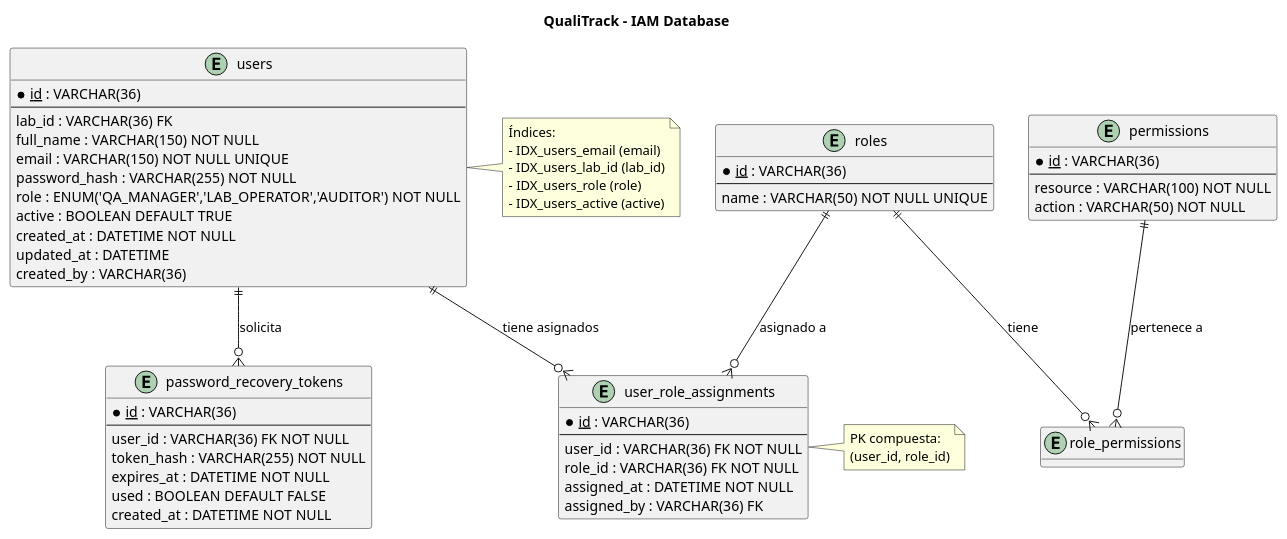
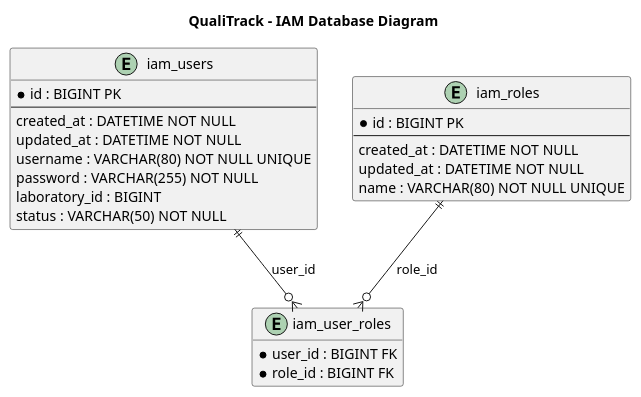
The diagram in docs/diagrams/iam/iam-database-diagram.puml (ClosedSource-11848/qualitrack-platform), drawn with PlantUML before and after one commit. The commit also changed 18 other files, not shown here.

Commit message:
docs(docs): fix backend and data base diagrams.

```diff
--- a/docs/diagrams/iam/iam-database-diagram.puml
+++ b/docs/diagrams/iam/iam-database-diagram.puml
@@ -1,77 +1,35 @@
 @startuml iam-database-diagram
-title QualiTrack – IAM Database
+
+title QualiTrack - IAM Database Diagram
 
 hide methods
 hide stereotypes
 
-entity "users" {
-  * <u>id</u> : VARCHAR(36)
+entity "iam_users" {
+  * id : BIGINT PK
   --
-  lab_id : VARCHAR(36) FK
-  full_name : VARCHAR(150) NOT NULL
-  email : VARCHAR(150) NOT NULL UNIQUE
-  password_hash : VARCHAR(255) NOT NULL
-  role : ENUM('QA_MANAGER','LAB_OPERATOR','AUDITOR') NOT NULL
-  active : BOOLEAN DEFAULT TRUE
   created_at : DATETIME NOT NULL
-  updated_at : DATETIME
-  created_by : VARCHAR(36)
+  updated_at : DATETIME NOT NULL
+  username : VARCHAR(80) NOT NULL UNIQUE
+  password : VARCHAR(255) NOT NULL
+  laboratory_id : BIGINT
+  status : VARCHAR(50) NOT NULL
 }
 
-entity "roles" {
-  * <u>id</u> : VARCHAR(36)
+entity "iam_roles" {
+  * id : BIGINT PK
   --
-  name : VARCHAR(50) NOT NULL UNIQUE
+  created_at : DATETIME NOT NULL
+  updated_at : DATETIME NOT NULL
+  name : VARCHAR(80) NOT NULL UNIQUE
 }
 
-entity "permissions" {
-  * <u>id</u> : VARCHAR(36)
-  --
-  resource : VARCHAR(100) NOT NULL
-  action : VARCHAR(50) NOT NULL
+entity "iam_user_roles" {
+  * user_id : BIGINT FK
+  * role_id : BIGINT FK
 }
 
-entity "role_permissions" {
-  * <u>role_id</u> : VARCHAR(36) FK
-  * <u>permission_id</u> : VARCHAR(36) FK
-}
-
-entity "user_role_assignments" {
-  * <u>id</u> : VARCHAR(36)
-  --
-  user_id : VARCHAR(36) FK NOT NULL
-  role_id : VARCHAR(36) FK NOT NULL
-  assigned_at : DATETIME NOT NULL
-  assigned_by : VARCHAR(36) FK
-}
-
-entity "password_recovery_tokens" {
-  * <u>id</u> : VARCHAR(36)
-  --
-  user_id : VARCHAR(36) FK NOT NULL
-  token_hash : VARCHAR(255) NOT NULL
-  expires_at : DATETIME NOT NULL
-  used : BOOLEAN DEFAULT FALSE
-  created_at : DATETIME NOT NULL
-}
-
-users ||--o{ user_role_assignments : "tiene asignados"
-roles ||--o{ user_role_assignments : "asignado a"
-roles ||--o{ role_permissions : "tiene"
-permissions ||--o{ role_permissions : "pertenece a"
-users ||--o{ password_recovery_tokens : "solicita"
-
-note right of users
-  Índices:
-  - IDX_users_email (email)
-  - IDX_users_lab_id (lab_id)
-  - IDX_users_role (role)
-  - IDX_users_active (active)
-end note
-
-note right of user_role_assignments
-  PK compuesta:
-  (user_id, role_id)
-end note
+iam_users ||--o{ iam_user_roles : user_id
+iam_roles ||--o{ iam_user_roles : role_id
 
 @enduml
```
